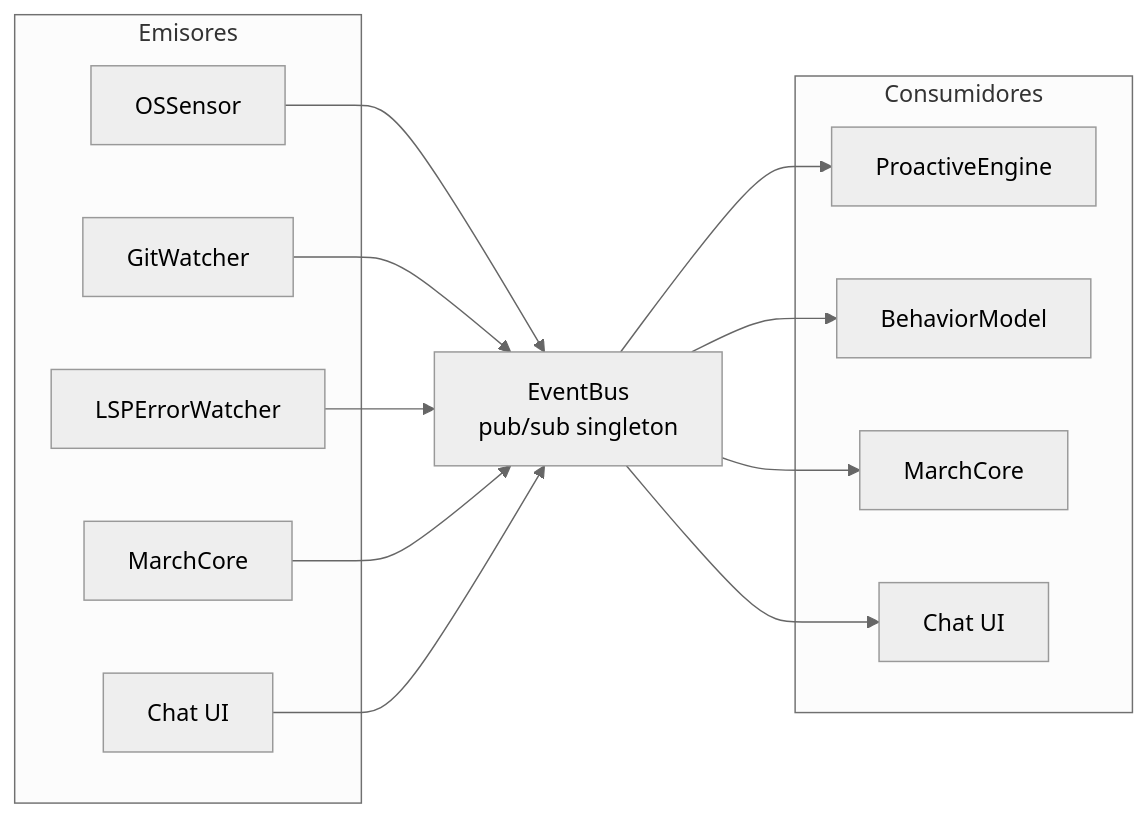
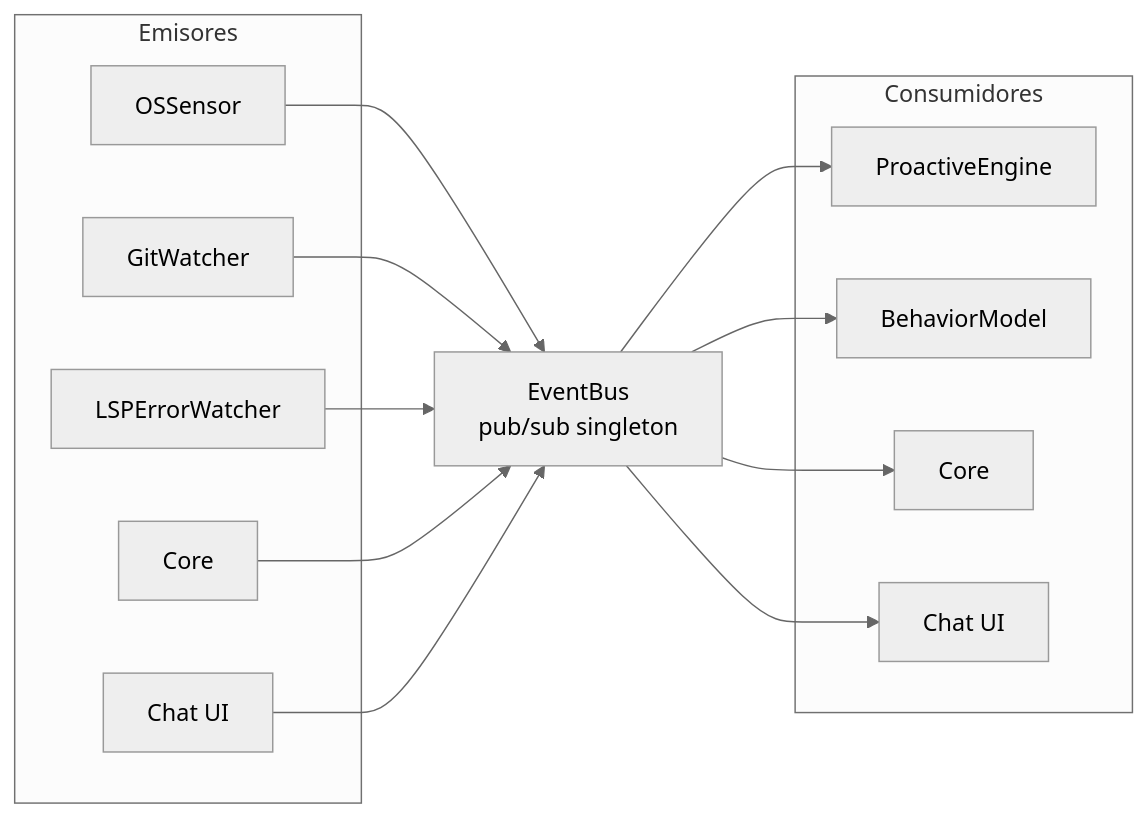
One commit to Dregxmoon/Kaoru-Agent changed the diagram in infrastructure/event-bus/README.md. Above: the diagram before and after it, drawn with Mermaid (neutral theme). The commit also changed other lines of this file and 72 other files, not shown here.

First line of the commit message:
refactor: elimina identidad 'March' (Core, BD, keychain, IPC) y arregla workspace, modelos y cierre

````diff
--- a/infrastructure/event-bus/README.md
+++ b/infrastructure/event-bus/README.md
@@ -52,27 +52,27 @@
 ```mermaid
 flowchart LR
     subgraph EM["Emisores"]
         S1["OSSensor"]
         S2["GitWatcher"]
         S3["LSPErrorWatcher"]
-        S4["MarchCore"]
+        S4["Core"]
         S5["Chat UI"]
     end
     BUS["EventBus<br/>pub/sub singleton"]
     subgraph CONS["Consumidores"]
         C1["ProactiveEngine"]
         C2["BehaviorModel"]
-        C3["MarchCore"]
+        C3["Core"]
         C4["Chat UI"]
     end
 
     S1 --> BUS
     S2 --> BUS
     S3 --> BUS
     S4 --> BUS
     S5 --> BUS
     BUS --> C1
     BUS --> C2
     BUS --> C3
     BUS --> C4
 ```
````
